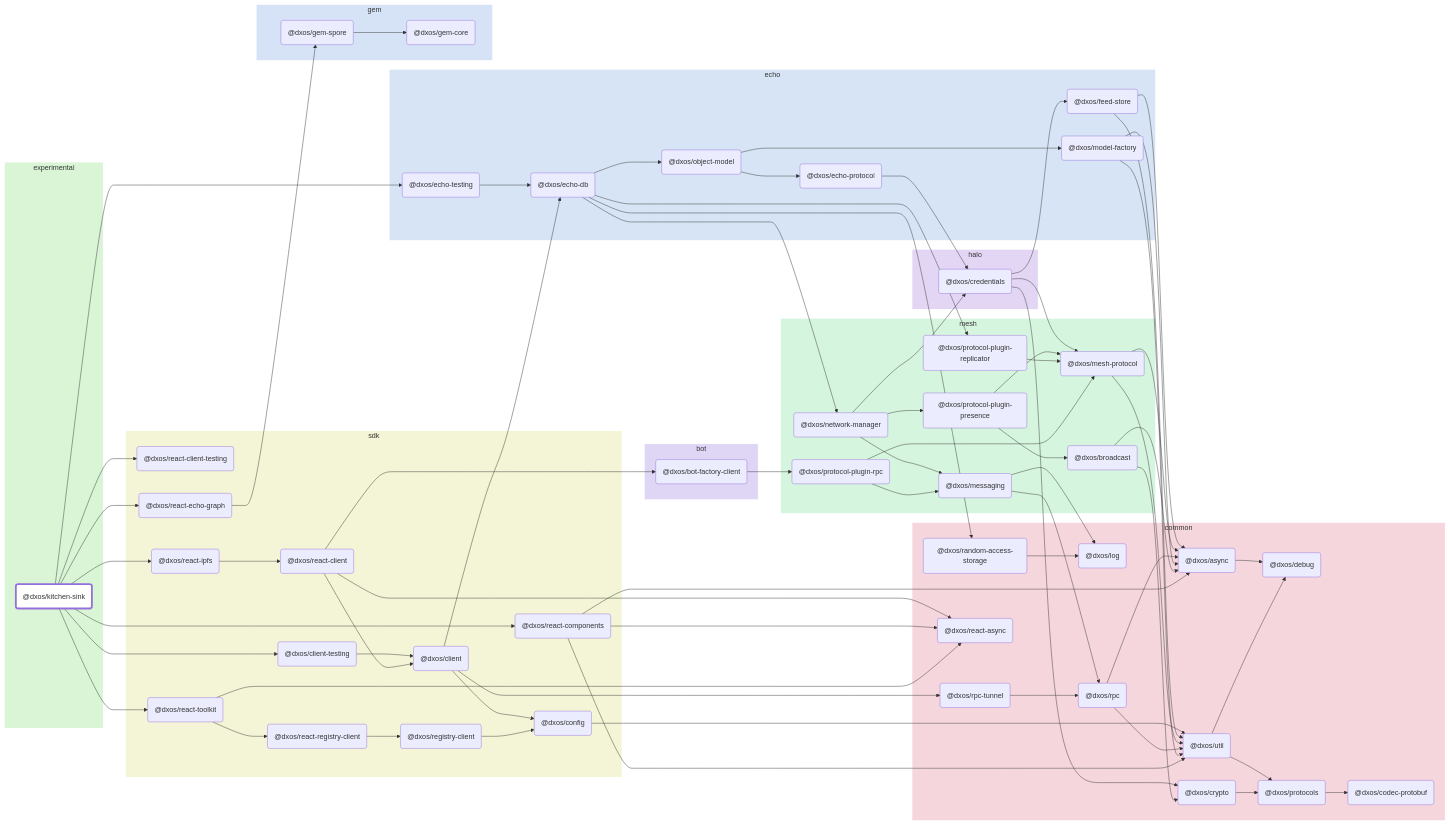
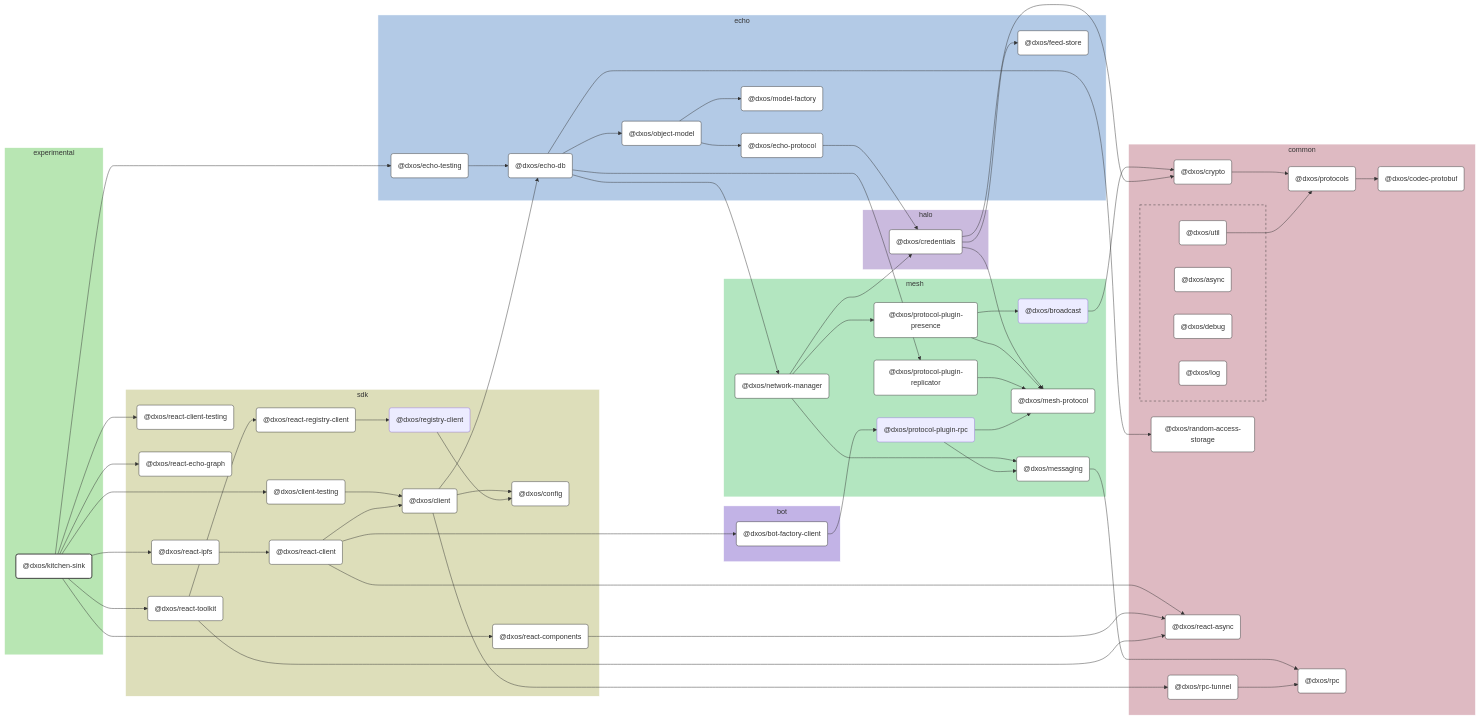
The diagram in apps/experimental/kitchen-sink/docs/README.md (dxos/dxos), drawn with Mermaid before and after one commit. The commit also changed other lines of this file and 100 other files, not shown here.

````diff
--- a/apps/experimental/kitchen-sink/docs/README.md
+++ b/apps/experimental/kitchen-sink/docs/README.md
@@ -7,179 +7,211 @@
 ```mermaid
-flowchart LR;
+%%{ init: {'flowchart':{'curve':'basis'}} }%%
 
-style dxos/kitchen-sink fill:#fff,stroke-width:4px;
+flowchart LR
 
-click dxos/client "https:/github.com/dxos/dxos/tree/main/packages/sdk/client/docs";
-click dxos/async "https:/github.com/dxos/dxos/tree/main/packages/common/async/docs";
-click dxos/codec-protobuf "https:/github.com/dxos/dxos/tree/main/packages/common/codec-protobuf/docs";
-click dxos/config "https:/github.com/dxos/dxos/tree/main/packages/sdk/config/docs";
-click dxos/debug "https:/github.com/dxos/dxos/tree/main/packages/common/debug/docs";
-click dxos/echo-db "https:/github.com/dxos/dxos/tree/main/packages/echo/echo-db/docs";
-click dxos/model-factory "https:/github.com/dxos/dxos/tree/main/packages/echo/model-factory/docs";
-click dxos/protocols "https:/github.com/dxos/dxos/tree/main/packages/common/protocols/docs";
-click dxos/rpc "https:/github.com/dxos/dxos/tree/main/packages/common/rpc/docs";
-click dxos/rpc-tunnel "https:/github.com/dxos/dxos/tree/main/packages/common/rpc-tunnel/docs";
-click dxos/messaging "https:/github.com/dxos/dxos/tree/main/packages/mesh/messaging/docs";
-click dxos/util "https:/github.com/dxos/dxos/tree/main/packages/common/util/docs";
-click dxos/client-testing "https:/github.com/dxos/dxos/tree/main/packages/sdk/client-testing/docs";
-click dxos/log "https:/github.com/dxos/dxos/tree/main/packages/common/log/docs";
-click dxos/credentials "https:/github.com/dxos/dxos/tree/main/packages/halo/credentials/docs";
-click dxos/crypto "https:/github.com/dxos/dxos/tree/main/packages/common/crypto/docs";
-click dxos/echo-protocol "https:/github.com/dxos/dxos/tree/main/packages/echo/echo-protocol/docs";
-click dxos/feed-store "https:/github.com/dxos/dxos/tree/main/packages/echo/feed-store/docs";
-click dxos/mesh-protocol "https:/github.com/dxos/dxos/tree/main/packages/mesh/mesh-protocol/docs";
-click dxos/network-manager "https:/github.com/dxos/dxos/tree/main/packages/mesh/network-manager/docs";
-click dxos/object-model "https:/github.com/dxos/dxos/tree/main/packages/echo/object-model/docs";
-click dxos/protocol-plugin-presence "https:/github.com/dxos/dxos/tree/main/packages/mesh/protocol-plugin-presence/docs";
-click dxos/protocol-plugin-replicator "https:/github.com/dxos/dxos/tree/main/packages/mesh/protocol-plugin-replicator/docs";
-click dxos/random-access-storage "https:/github.com/dxos/dxos/tree/main/packages/common/random-access-storage/docs";
-click dxos/echo-testing "https:/github.com/dxos/dxos/tree/main/packages/echo/echo-testing/docs";
-click dxos/gem-core "https:/github.com/dxos/dxos/tree/main/packages/gem/gem-core/docs";
-click dxos/gem-spore "https:/github.com/dxos/dxos/tree/main/packages/gem/gem-spore/docs";
-click dxos/react-client "https:/github.com/dxos/dxos/tree/main/packages/sdk/react-client/docs";
-click dxos/bot-factory-client "https:/github.com/dxos/dxos/tree/main/packages/bot/bot-factory-client/docs";
-click dxos/react-async "https:/github.com/dxos/dxos/tree/main/packages/common/react-async/docs";
-click dxos/react-client-testing "https:/github.com/dxos/dxos/tree/main/packages/sdk/react-client-testing/docs";
-click dxos/react-components "https:/github.com/dxos/dxos/tree/main/packages/sdk/react-components/docs";
-click dxos/react-echo-graph "https:/github.com/dxos/dxos/tree/main/packages/sdk/react-echo-graph/docs";
-click dxos/react-ipfs "https:/github.com/dxos/dxos/tree/main/packages/sdk/react-ipfs/docs";
-click dxos/react-toolkit "https:/github.com/dxos/dxos/tree/main/packages/sdk/react-toolkit/docs";
-click dxos/react-registry-client "https:/github.com/dxos/dxos/tree/main/packages/sdk/react-registry-client/docs";
+%% Links
+dxos/bot-factory-client --> dxos/protocol-plugin-rpc;
+dxos/broadcast --> dxos/crypto;
+dxos/client --> dxos/config;
+dxos/client --> dxos/echo-db;
+dxos/client --> dxos/rpc-tunnel;
+dxos/client-testing --> dxos/client;
+dxos/credentials --> dxos/crypto;
+dxos/credentials --> dxos/feed-store;
+dxos/credentials --> dxos/mesh-protocol;
+dxos/crypto --> dxos/protocols;
+dxos/echo-db --> dxos/network-manager;
+dxos/echo-db --> dxos/object-model;
+dxos/echo-db --> dxos/protocol-plugin-replicator;
+dxos/echo-db --> dxos/random-access-storage;
+dxos/echo-protocol --> dxos/credentials;
+dxos/echo-testing --> dxos/echo-db;
+dxos/kitchen-sink --> dxos/client-testing;
+dxos/kitchen-sink --> dxos/echo-testing;
+dxos/kitchen-sink --> dxos/react-client-testing;
+dxos/kitchen-sink --> dxos/react-components;
+dxos/kitchen-sink --> dxos/react-echo-graph;
+dxos/kitchen-sink --> dxos/react-ipfs;
+dxos/kitchen-sink --> dxos/react-toolkit;
+dxos/messaging --> dxos/rpc;
+dxos/network-manager --> dxos/credentials;
+dxos/network-manager --> dxos/messaging;
+dxos/network-manager --> dxos/protocol-plugin-presence;
+dxos/object-model --> dxos/echo-protocol;
+dxos/object-model --> dxos/model-factory;
+dxos/protocol-plugin-presence --> dxos/broadcast;
+dxos/protocol-plugin-presence --> dxos/mesh-protocol;
+dxos/protocol-plugin-replicator --> dxos/mesh-protocol;
+dxos/protocol-plugin-rpc --> dxos/mesh-protocol;
+dxos/protocol-plugin-rpc --> dxos/messaging;
+dxos/protocols --> dxos/codec-protobuf;
+dxos/react-client --> dxos/bot-factory-client;
+dxos/react-client --> dxos/client;
+dxos/react-client --> dxos/react-async;
+dxos/react-components --> dxos/react-async;
+dxos/react-ipfs --> dxos/react-client;
+dxos/react-registry-client --> dxos/registry-client;
+dxos/react-toolkit --> dxos/react-async;
+dxos/react-toolkit --> dxos/react-registry-client;
+dxos/registry-client --> dxos/config;
+dxos/rpc-tunnel --> dxos/rpc;
+dxos/util --> dxos/protocols;
 
+%% Sections
 subgraph experimental
-  style experimental fill:#d9f5d6,stroke:#fff;
-  dxos/kitchen-sink("@dxos/kitchen-sink");
+  style experimental fill:#b8e6b3,stroke:#fff;
+
+  dxos/kitchen-sink("@dxos/kitchen-sink")
 end
 
 subgraph sdk
-  style sdk fill:#f4f5d6,stroke:#fff;
-  dxos/client("@dxos/client");
-  dxos/config("@dxos/config");
-  dxos/client-testing("@dxos/client-testing");
-  dxos/react-client("@dxos/react-client");
-  dxos/react-client-testing("@dxos/react-client-testing");
-  dxos/react-components("@dxos/react-components");
-  dxos/react-echo-graph("@dxos/react-echo-graph");
-  dxos/react-ipfs("@dxos/react-ipfs");
-  dxos/react-toolkit("@dxos/react-toolkit");
-  dxos/react-registry-client("@dxos/react-registry-client");
-  dxos/registry-client("@dxos/registry-client");
+  style sdk fill:#dddeba,stroke:#fff;
+
+  dxos/client("@dxos/client")
+  dxos/client-testing("@dxos/client-testing")
+  dxos/config("@dxos/config")
+  dxos/react-client("@dxos/react-client")
+  dxos/react-client-testing("@dxos/react-client-testing")
+  dxos/react-components("@dxos/react-components")
+  dxos/react-echo-graph("@dxos/react-echo-graph")
+  dxos/react-ipfs("@dxos/react-ipfs")
+  dxos/react-registry-client("@dxos/react-registry-client")
+  dxos/react-toolkit("@dxos/react-toolkit")
+  dxos/registry-client("@dxos/registry-client")
 end
 
 subgraph common
-  style common fill:#f5d6dd,stroke:#fff;
-  dxos/async("@dxos/async");
-  dxos/debug("@dxos/debug");
-  dxos/codec-protobuf("@dxos/codec-protobuf");
-  dxos/protocols("@dxos/protocols");
-  dxos/util("@dxos/util");
-  dxos/log("@dxos/log");
-  dxos/crypto("@dxos/crypto");
-  dxos/rpc("@dxos/rpc");
-  dxos/random-access-storage("@dxos/random-access-storage");
-  dxos/rpc-tunnel("@dxos/rpc-tunnel");
-  dxos/react-async("@dxos/react-async");
+  style common fill:#debac2,stroke:#fff;
+
+  dxos/codec-protobuf("@dxos/codec-protobuf")
+  dxos/crypto("@dxos/crypto")
+  dxos/protocols("@dxos/protocols")
+  dxos/random-access-storage("@dxos/random-access-storage")
+  dxos/react-async("@dxos/react-async")
+  dxos/rpc("@dxos/rpc")
+  dxos/rpc-tunnel("@dxos/rpc-tunnel")
+
+  subgraph common-excluded [ ]
+    style common-excluded fill:#debac2,stroke:#333,stroke-dasharray:5 5;
+
+    dxos/async("@dxos/async")
+    dxos/debug("@dxos/debug")
+    dxos/log("@dxos/log")
+    dxos/util("@dxos/util")
+  end
 end
 
 subgraph echo
-  style echo fill:#d6e4f5,stroke:#fff;
-  dxos/echo-db("@dxos/echo-db");
-  dxos/feed-store("@dxos/feed-store");
-  dxos/echo-protocol("@dxos/echo-protocol");
-  dxos/model-factory("@dxos/model-factory");
-  dxos/object-model("@dxos/object-model");
-  dxos/echo-testing("@dxos/echo-testing");
+  style echo fill:#b3cae6,stroke:#fff;
+
+  dxos/echo-db("@dxos/echo-db")
+  dxos/echo-protocol("@dxos/echo-protocol")
+  dxos/echo-testing("@dxos/echo-testing")
+  dxos/feed-store("@dxos/feed-store")
+  dxos/model-factory("@dxos/model-factory")
+  dxos/object-model("@dxos/object-model")
 end
 
 subgraph halo
-  style halo fill:#e3d6f5,stroke:#fff;
-  dxos/credentials("@dxos/credentials");
+  style halo fill:#cabade,stroke:#fff;
+
+  dxos/credentials("@dxos/credentials")
 end
 
 subgraph mesh
-  style mesh fill:#d6f5de,stroke:#fff;
-  dxos/mesh-protocol("@dxos/mesh-protocol");
-  dxos/messaging("@dxos/messaging");
-  dxos/network-manager("@dxos/network-manager");
-  dxos/protocol-plugin-presence("@dxos/protocol-plugin-presence");
-  dxos/broadcast("@dxos/broadcast");
-  dxos/protocol-plugin-replicator("@dxos/protocol-plugin-replicator");
-  dxos/protocol-plugin-rpc("@dxos/protocol-plugin-rpc");
-end
+  style mesh fill:#b3e6c0,stroke:#fff;
 
-subgraph gem
-  style gem fill:#d6e2f5,stroke:#fff;
-  dxos/gem-core("@dxos/gem-core");
-  dxos/gem-spore("@dxos/gem-spore");
+  dxos/broadcast("@dxos/broadcast")
+  dxos/mesh-protocol("@dxos/mesh-protocol")
+  dxos/messaging("@dxos/messaging")
+  dxos/network-manager("@dxos/network-manager")
+  dxos/protocol-plugin-presence("@dxos/protocol-plugin-presence")
+  dxos/protocol-plugin-replicator("@dxos/protocol-plugin-replicator")
+  dxos/protocol-plugin-rpc("@dxos/protocol-plugin-rpc")
 end
 
 subgraph bot
-  style bot fill:#dfd6f5,stroke:#fff;
-  dxos/bot-factory-client("@dxos/bot-factory-client");
+  style bot fill:#c2b3e6,stroke:#fff;
+
+  dxos/bot-factory-client("@dxos/bot-factory-client")
 end
 
-dxos/async --> dxos/debug;
-dxos/client --> dxos/config;
-dxos/protocols --> dxos/codec-protobuf;
-dxos/config --> dxos/util;
-dxos/util --> dxos/debug;
-dxos/util --> dxos/protocols;
-dxos/client --> dxos/echo-db;
-dxos/credentials --> dxos/crypto;
-dxos/crypto --> dxos/protocols;
-dxos/credentials --> dxos/feed-store;
-dxos/feed-store --> dxos/async;
-dxos/feed-store --> dxos/util;
-dxos/credentials --> dxos/mesh-protocol;
-dxos/mesh-protocol --> dxos/async;
-dxos/mesh-protocol --> dxos/util;
-dxos/echo-protocol --> dxos/credentials;
-dxos/messaging --> dxos/log;
-dxos/messaging --> dxos/rpc;
-dxos/rpc --> dxos/async;
-dxos/rpc --> dxos/util;
-dxos/model-factory --> dxos/async;
-dxos/model-factory --> dxos/util;
-dxos/echo-db --> dxos/network-manager;
-dxos/network-manager --> dxos/credentials;
-dxos/network-manager --> dxos/messaging;
-dxos/network-manager --> dxos/protocol-plugin-presence;
-dxos/protocol-plugin-presence --> dxos/broadcast;
-dxos/broadcast --> dxos/async;
-dxos/broadcast --> dxos/crypto;
-dxos/protocol-plugin-presence --> dxos/mesh-protocol;
-dxos/echo-db --> dxos/object-model;
-dxos/object-model --> dxos/echo-protocol;
-dxos/object-model --> dxos/model-factory;
-dxos/echo-db --> dxos/protocol-plugin-replicator;
-dxos/protocol-plugin-replicator --> dxos/mesh-protocol;
-dxos/echo-db --> dxos/random-access-storage;
-dxos/random-access-storage --> dxos/log;
-dxos/client --> dxos/rpc-tunnel;
-dxos/rpc-tunnel --> dxos/rpc;
-dxos/kitchen-sink --> dxos/client-testing;
-dxos/client-testing --> dxos/client;
-dxos/kitchen-sink --> dxos/echo-testing;
-dxos/echo-testing --> dxos/echo-db;
-dxos/gem-spore --> dxos/gem-core;
-dxos/react-client --> dxos/bot-factory-client;
-dxos/bot-factory-client --> dxos/protocol-plugin-rpc;
-dxos/protocol-plugin-rpc --> dxos/messaging;
-dxos/protocol-plugin-rpc --> dxos/mesh-protocol;
-dxos/react-client --> dxos/client;
-dxos/react-client --> dxos/react-async;
-dxos/kitchen-sink --> dxos/react-client-testing;
-dxos/kitchen-sink --> dxos/react-components;
-dxos/react-components --> dxos/async;
-dxos/react-components --> dxos/react-async;
-dxos/react-components --> dxos/util;
-dxos/kitchen-sink --> dxos/react-echo-graph;
-dxos/react-echo-graph --> dxos/gem-spore;
-dxos/kitchen-sink --> dxos/react-ipfs;
-dxos/react-ipfs --> dxos/react-client;
-dxos/kitchen-sink --> dxos/react-toolkit;
-dxos/react-toolkit --> dxos/react-async;
-dxos/react-toolkit --> dxos/react-registry-client;
-dxos/react-registry-client --> dxos/registry-client;
-dxos/registry-client --> dxos/config;
+
+%% Hyperlinks
+click dxos/async href "https:/github.com/dxos/dxos/tree/main/packages/common/async/docs";
+click dxos/bot-factory-client href "https:/github.com/dxos/dxos/tree/main/packages/bot/bot-factory-client/docs";
+click dxos/client href "https:/github.com/dxos/dxos/tree/main/packages/sdk/client/docs";
+click dxos/client-testing href "https:/github.com/dxos/dxos/tree/main/packages/sdk/client-testing/docs";
+click dxos/codec-protobuf href "https:/github.com/dxos/dxos/tree/main/packages/common/codec-protobuf/docs";
+click dxos/config href "https:/github.com/dxos/dxos/tree/main/packages/sdk/config/docs";
+click dxos/credentials href "https:/github.com/dxos/dxos/tree/main/packages/halo/credentials/docs";
+click dxos/crypto href "https:/github.com/dxos/dxos/tree/main/packages/common/crypto/docs";
+click dxos/debug href "https:/github.com/dxos/dxos/tree/main/packages/common/debug/docs";
+click dxos/echo-db href "https:/github.com/dxos/dxos/tree/main/packages/echo/echo-db/docs";
+click dxos/echo-protocol href "https:/github.com/dxos/dxos/tree/main/packages/echo/echo-protocol/docs";
+click dxos/echo-testing href "https:/github.com/dxos/dxos/tree/main/packages/echo/echo-testing/docs";
+click dxos/feed-store href "https:/github.com/dxos/dxos/tree/main/packages/echo/feed-store/docs";
+click dxos/log href "https:/github.com/dxos/dxos/tree/main/packages/common/log/docs";
+click dxos/mesh-protocol href "https:/github.com/dxos/dxos/tree/main/packages/mesh/mesh-protocol/docs";
+click dxos/messaging href "https:/github.com/dxos/dxos/tree/main/packages/mesh/messaging/docs";
+click dxos/model-factory href "https:/github.com/dxos/dxos/tree/main/packages/echo/model-factory/docs";
+click dxos/network-manager href "https:/github.com/dxos/dxos/tree/main/packages/mesh/network-manager/docs";
+click dxos/object-model href "https:/github.com/dxos/dxos/tree/main/packages/echo/object-model/docs";
+click dxos/protocol-plugin-presence href "https:/github.com/dxos/dxos/tree/main/packages/mesh/protocol-plugin-presence/docs";
+click dxos/protocol-plugin-replicator href "https:/github.com/dxos/dxos/tree/main/packages/mesh/protocol-plugin-replicator/docs";
+click dxos/protocols href "https:/github.com/dxos/dxos/tree/main/packages/common/protocols/docs";
+click dxos/random-access-storage href "https:/github.com/dxos/dxos/tree/main/packages/common/random-access-storage/docs";
+click dxos/react-async href "https:/github.com/dxos/dxos/tree/main/packages/common/react-async/docs";
+click dxos/react-client href "https:/github.com/dxos/dxos/tree/main/packages/sdk/react-client/docs";
+click dxos/react-client-testing href "https:/github.com/dxos/dxos/tree/main/packages/sdk/react-client-testing/docs";
+click dxos/react-components href "https:/github.com/dxos/dxos/tree/main/packages/sdk/react-components/docs";
+click dxos/react-echo-graph href "https:/github.com/dxos/dxos/tree/main/packages/sdk/react-echo-graph/docs";
+click dxos/react-ipfs href "https:/github.com/dxos/dxos/tree/main/packages/sdk/react-ipfs/docs";
+click dxos/react-registry-client href "https:/github.com/dxos/dxos/tree/main/packages/sdk/react-registry-client/docs";
+click dxos/react-toolkit href "https:/github.com/dxos/dxos/tree/main/packages/sdk/react-toolkit/docs";
+click dxos/rpc href "https:/github.com/dxos/dxos/tree/main/packages/common/rpc/docs";
+click dxos/rpc-tunnel href "https:/github.com/dxos/dxos/tree/main/packages/common/rpc-tunnel/docs";
+click dxos/util href "https:/github.com/dxos/dxos/tree/main/packages/common/util/docs";
+
+%% Styles
+classDef rootNode fill:#fff,stroke:#333,stroke-width:2px
+classDef defaultNode fill:#fff,stroke:#333,stroke-width:1px
+linkStyle default stroke:#333,stroke-width:1px
+
+dxos/kitchen-sink:::rootNode
+
+dxos/async:::defaultNode
+dxos/bot-factory-client:::defaultNode
+dxos/client:::defaultNode
+dxos/client-testing:::defaultNode
+dxos/codec-protobuf:::defaultNode
+dxos/config:::defaultNode
+dxos/credentials:::defaultNode
+dxos/crypto:::defaultNode
+dxos/debug:::defaultNode
+dxos/echo-db:::defaultNode
+dxos/echo-protocol:::defaultNode
+dxos/echo-testing:::defaultNode
+dxos/feed-store:::defaultNode
+dxos/log:::defaultNode
+dxos/mesh-protocol:::defaultNode
+dxos/messaging:::defaultNode
+dxos/model-factory:::defaultNode
+dxos/network-manager:::defaultNode
+dxos/object-model:::defaultNode
+dxos/protocol-plugin-presence:::defaultNode
+dxos/protocol-plugin-replicator:::defaultNode
+dxos/protocols:::defaultNode
+dxos/random-access-storage:::defaultNode
+dxos/react-async:::defaultNode
+dxos/react-client:::defaultNode
+dxos/react-client-testing:::defaultNode
+dxos/react-components:::defaultNode
+dxos/react-echo-graph:::defaultNode
+dxos/react-ipfs:::defaultNode
+dxos/react-registry-client:::defaultNode
+dxos/react-toolkit:::defaultNode
+dxos/rpc:::defaultNode
+dxos/rpc-tunnel:::defaultNode
+dxos/util:::defaultNode
 ```
````
